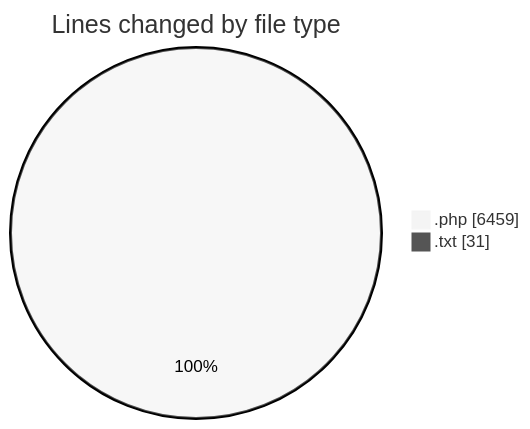
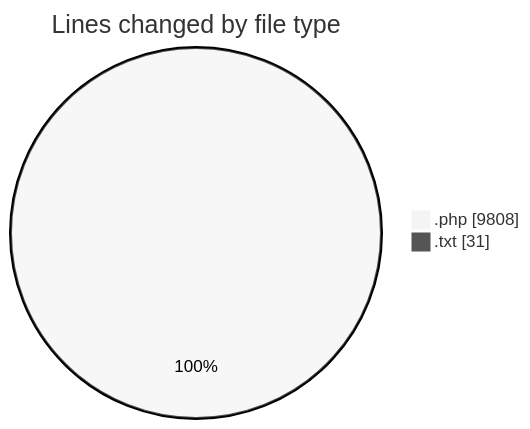
One commit to debugP/code-tracking changed the first of 2 diagrams in 2025-10-17/untitled__workspace_/README.md. Above: the diagram before and after it, drawn with Mermaid (neutral theme). The commit also changed other lines of this file and 1 other file, not shown here.

````diff
--- a/2025-10-17/untitled__workspace_/README.md
+++ b/2025-10-17/untitled__workspace_/README.md
@@ -24,6 +24,6 @@
 ```mermaid
 pie showData
 title Lines changed by file type
-".php" : 6459
+".php" : 9808
 ".txt" : 31
 ```
````
